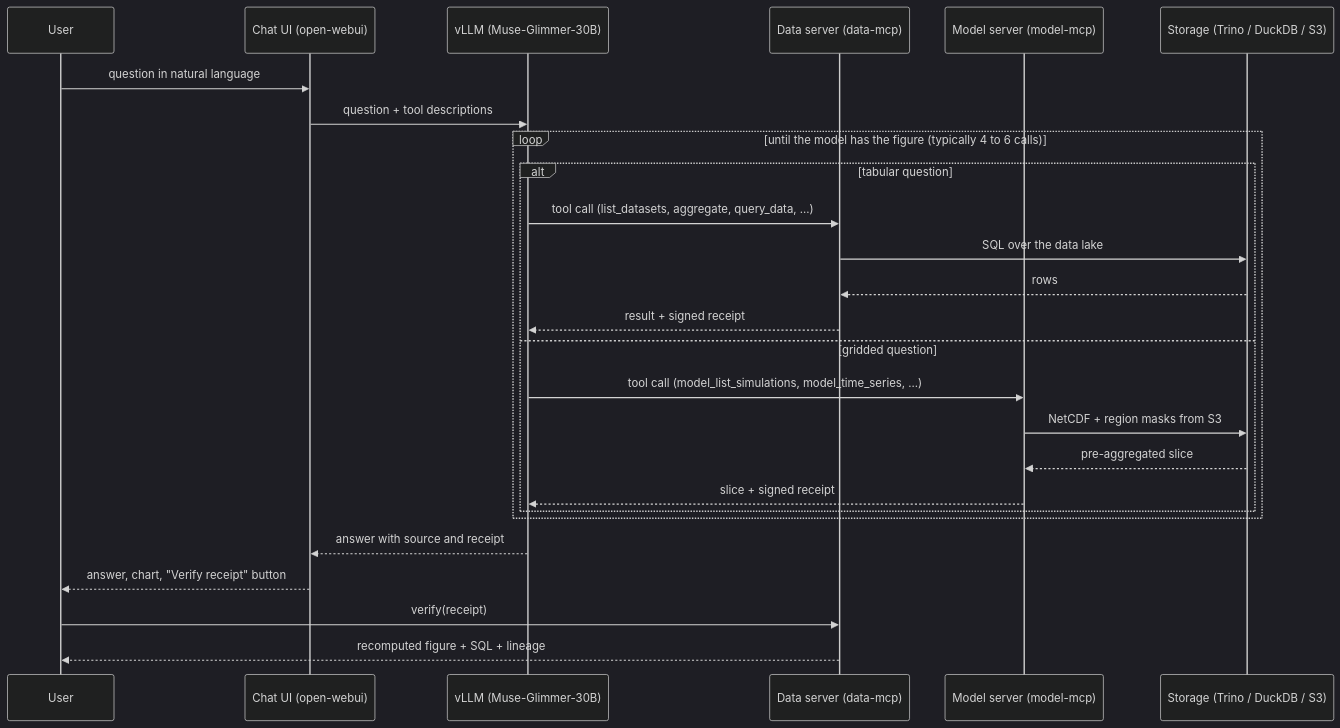
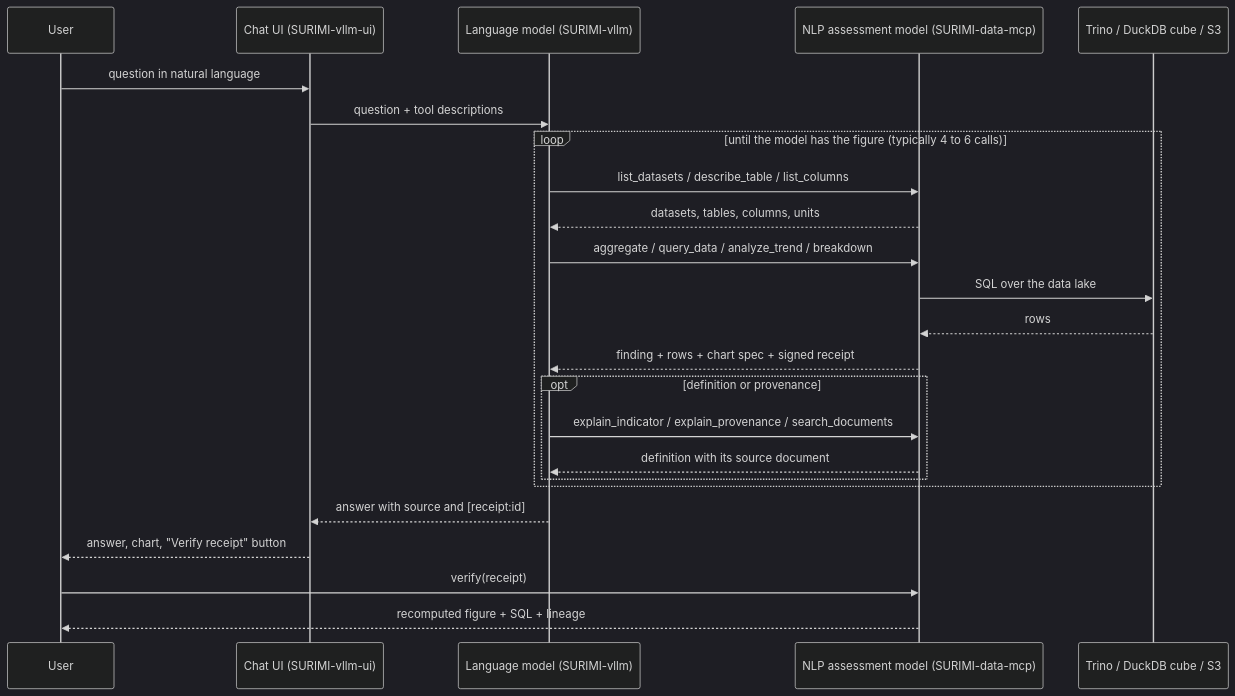
One commit to SURIMI-Project/SURIMI-project changed the diagram in deliverables/D3.7 - NLP assessment model/D3.7 - NLP assessment model.md. Above: the diagram before and after it, drawn with Mermaid (dark theme). The commit also changed other lines of this file and 1 other file, not shown here.

Commit message:
D3.7 and D3.9: purpose from the Grant Agreement; D3.7 = data server, D3.9 = model server

````diff
--- a/deliverables/D3.7 - NLP assessment model/D3.7 - NLP assessment model.md
+++ b/deliverables/D3.7 - NLP assessment model/D3.7 - NLP assessment model.md
@@ -52,29 +52,27 @@
 ```mermaid
 sequenceDiagram
     participant User as User
-    participant UI as Chat UI (open-webui)
-    participant LLM as vLLM (Muse-Glimmer-30B)
-    participant DATA as Data server (data-mcp)
-    participant MODEL as Model server (model-mcp)
-    participant STORE as Storage (Trino / DuckDB / S3)
+    participant UI as Chat UI (SURIMI-vllm-ui)
+    participant LLM as Language model (SURIMI-vllm)
+    participant DATA as NLP assessment model (SURIMI-data-mcp)
+    participant STORE as Trino / DuckDB cube / S3
 
     User ->> UI: question in natural language
     UI ->> LLM: question + tool descriptions
     loop until the model has the figure (typically 4 to 6 calls)
-        alt tabular question
-            LLM ->> DATA: tool call (list_datasets, aggregate, query_data, ...)
-            DATA ->> STORE: SQL over the data lake
-            STORE -->> DATA: rows
-            DATA -->> LLM: result + signed receipt
-        else gridded question
-            LLM ->> MODEL: tool call (model_list_simulations, model_time_series, ...)
-            MODEL ->> STORE: NetCDF + region masks from S3
-            STORE -->> MODEL: pre-aggregated slice
-            MODEL -->> LLM: slice + signed receipt
+        LLM ->> DATA: list_datasets / describe_table / list_columns
+        DATA -->> LLM: datasets, tables, columns, units
+        LLM ->> DATA: aggregate / query_data / analyze_trend / breakdown
+        DATA ->> STORE: SQL over the data lake
+        STORE -->> DATA: rows
+        DATA -->> LLM: finding + rows + chart spec + signed receipt
+        opt definition or provenance
+            LLM ->> DATA: explain_indicator / explain_provenance / search_documents
+            DATA -->> LLM: definition with its source document
         end
     end
-    LLM -->> UI: answer with source and receipt
+    LLM -->> UI: answer with source and [receipt:id]
     UI -->> User: answer, chart, "Verify receipt" button
     User ->> DATA: verify(receipt)
     DATA -->> User: recomputed figure + SQL + lineage
 ```
````
